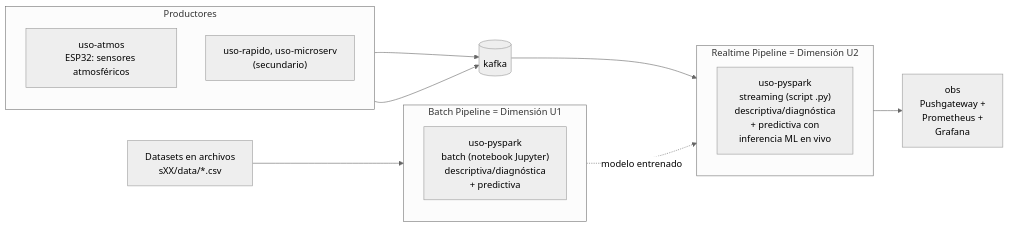
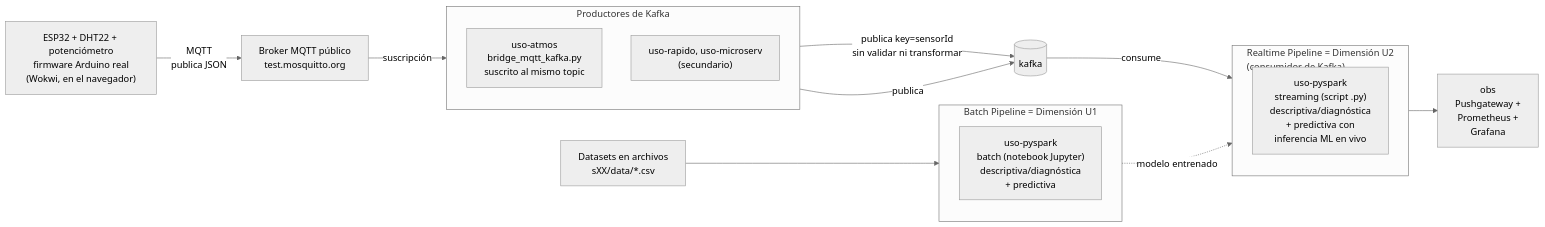
Before and after one commit to 262bigdata/lambda26: the first of 5 diagrams in docs/sesiones/S01_Arquitectura_Big_Data_Lambda_Kappa.md, drawn with Mermaid (neutral theme). The commit also changed other lines of this file, not shown here.

````diff
--- a/docs/sesiones/S01_Arquitectura_Big_Data_Lambda_Kappa.md
+++ b/docs/sesiones/S01_Arquitectura_Big_Data_Lambda_Kappa.md
@@ -60,31 +60,36 @@
 ```mermaid
 flowchart LR
-    subgraph Producers["Productores"]
+    W["ESP32 + DHT22 + potenciómetro<br/>firmware Arduino real<br/>(Wokwi, en el navegador)"]
+    M["Broker MQTT público<br/>test.mosquitto.org"]
+
+    subgraph Producers["Productores de Kafka"]
         direction TB
-        P1["uso-atmos<br/>ESP32: sensores atmosféricos"]
+        A3["uso-atmos<br/>bridge_mqtt_kafka.py<br/>suscrito al mismo topic"]
         P2["uso-rapido, uso-microserv<br/>(secundario)"]
     end
 
     K[("kafka")]
 
-    subgraph RT["Realtime Pipeline = Dimensión U2"]
+    subgraph RT["Realtime Pipeline = Dimensión U2<br/>(consumidor de Kafka)"]
         direction TB
         RT1["uso-pyspark<br/>streaming (script .py)<br/>descriptiva/diagnóstica<br/>+ predictiva con<br/>inferencia ML en vivo"]
     end
 
     subgraph BP["Batch Pipeline = Dimensión U1"]
         direction TB
         BP1["uso-pyspark<br/>batch (notebook Jupyter)<br/>descriptiva/diagnóstica<br/>+ predictiva"]
     end
 
     Grafana["obs<br/>Pushgateway +<br/>Prometheus +<br/>Grafana"]
 
     D["Datasets en archivos<br/>sXX/data/*.csv"]
 
-    P1 --> K
-    P2 --> K
+    W -->|"MQTT<br/>publica JSON"| M
+    M -->|"suscripción"| A3
+    A3 -->|"publica key=sensorId<br/>sin validar ni transformar"| K
+    P2 -->|"publica"| K
     D --> BP1
-    K --> RT
+    K -->|"consume"| RT
     RT1 --> Grafana
     BP1 -.->|"modelo entrenado"| RT1
 ```
````
